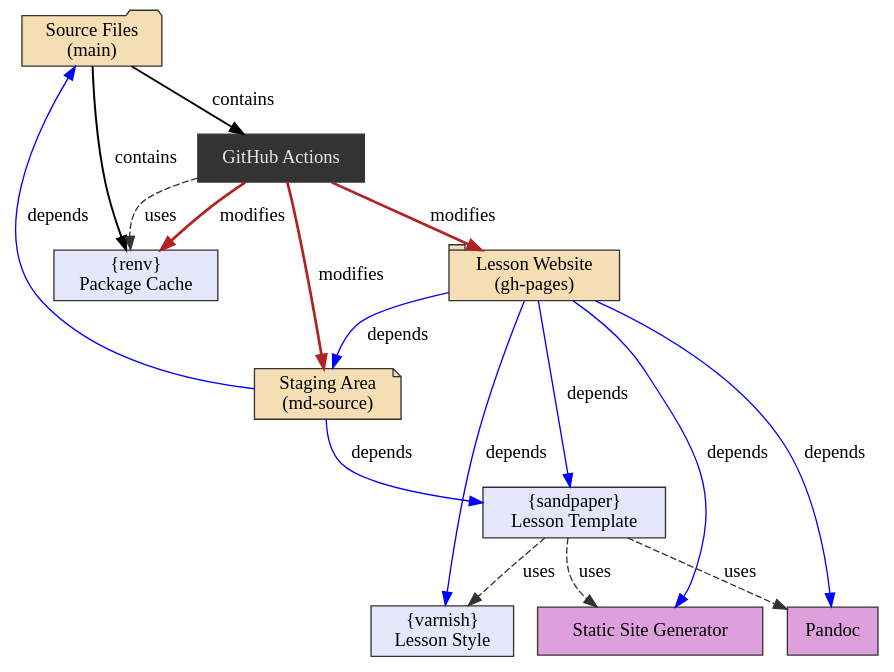
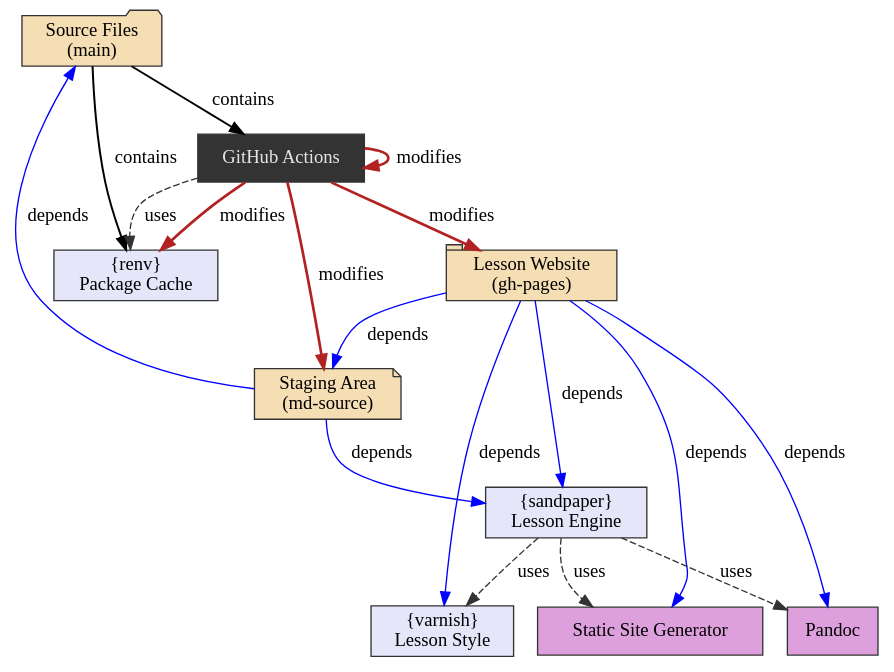
Before and after one commit to zkamvar/stunning-barnacle: the diagram in img/independent-components.dot, drawn with Graphviz.

Commit message:
add self-modification edge to GHA

```diff
--- a/img/independent-components.dot
+++ b/img/independent-components.dot
@@ -1,47 +1,48 @@
 digraph "Infrastructure Dependencies" {
 
     // Content
     node [style="filled", color="grey20", fillcolor="wheat", shape="rect"];
     source [label="Source Files\n(main)"      , shape="folder" ];
     stage  [label="Staging Area\n(md-source)" , shape="note"   ];
     site   [label="Lesson Website\n(gh-pages)", shape="tab"    ];
 
     // Tools
     node [style="filled", color="grey20", fillcolor="grey20", shape="rect"];
     actions   [label="GitHub Actions", fontcolor="grey90"]; 
 
     node [fillcolor="lavender"];
-    sandpaper [label="{sandpaper}\nLesson Template" ]; 
-    varnish   [label="{varnish}\nLesson Style"      ]; 
-    cache     [label="{renv}\nPackage Cache"        ]; 
+    sandpaper [label="{sandpaper}\nLesson Engine"];
+    varnish   [label="{varnish}\nLesson Style"   ];
+    cache     [label="{renv}\nPackage Cache"     ];
     node [fillcolor="plum"];
-    engine    [label="Static Site Generator"        ]; 
-    pandoc    [label="Pandoc"                       ]; 
+    engine    [label="Static Site Generator"     ];
+    pandoc    [label="Pandoc"                    ];
 
     /* {rank="same"; actions, cache}; */
     
     edge [color="black", penwidth=1.5, label="contains"];
     source -> cache;
     source -> actions;
 
     edge [color="firebrick", penwidth=2, label="modifies"];
     actions     -> stage;
     actions     -> site;
     actions     -> cache;
+    actions     -> actions;
     
     edge [color="blue", penwidth=1, label="depends"];
     site  -> varnish;
     site  -> engine;
     site  -> pandoc;
     site  -> stage;
     site  -> sandpaper;
     stage -> sandpaper;
     stage -> source;
 
     edge [color="grey20", label="uses", style="dashed"];
     sandpaper   -> varnish;
     sandpaper   -> pandoc;
     sandpaper   -> engine;
     actions     -> cache;
     
 }
```
